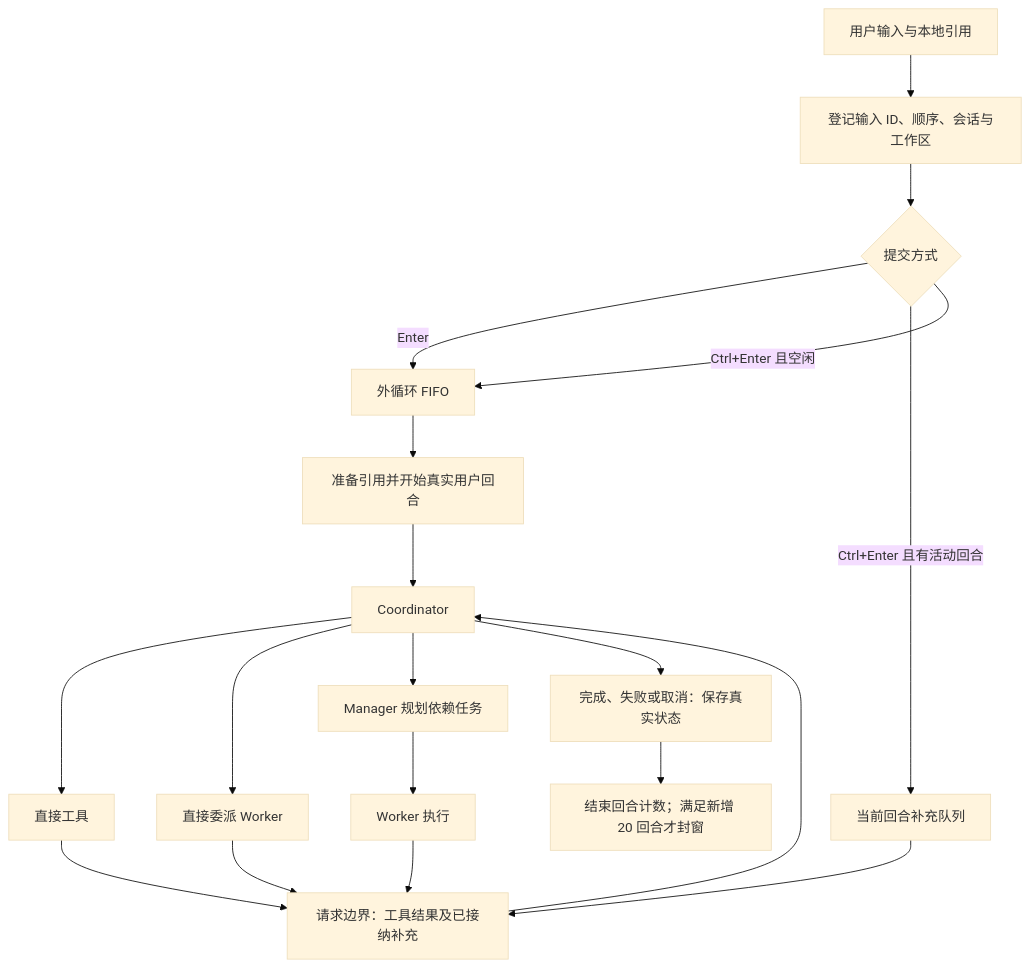
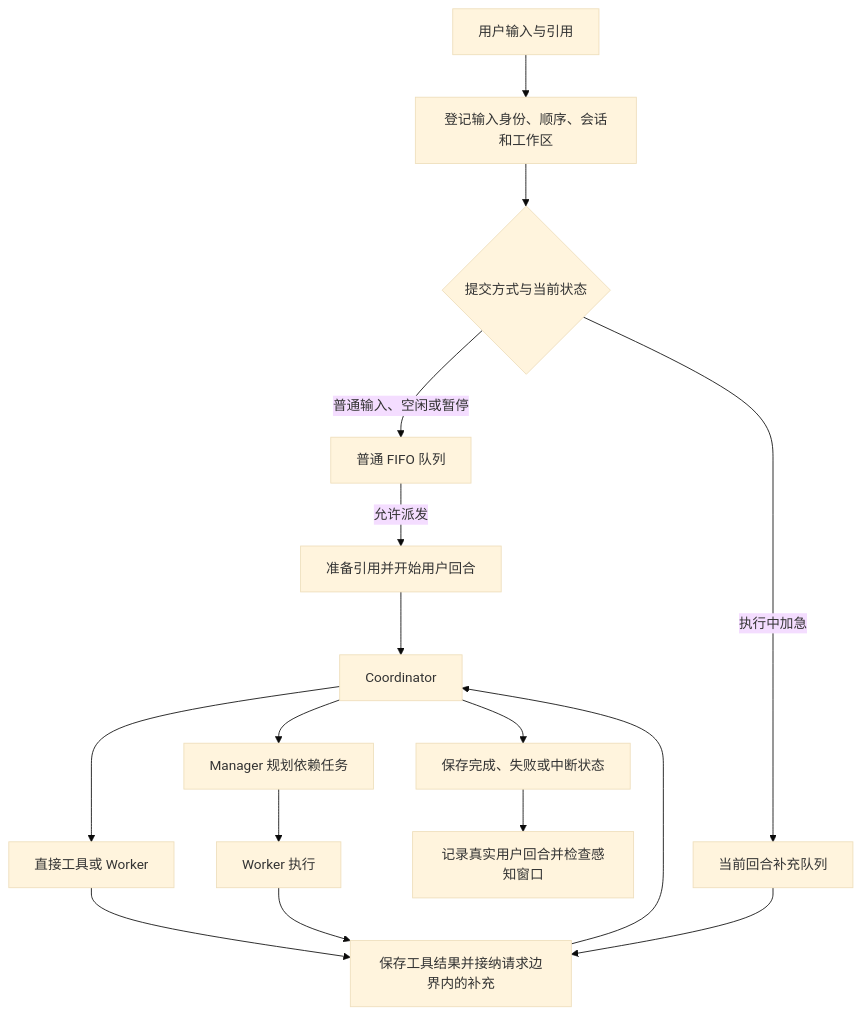
The diagram in docs/design.md (Tian-ye1214/RedLotus), drawn with Mermaid (base theme) before and after one commit. The commit also changed other lines of this file and 48 other files, not shown here.

````diff
--- a/docs/design.md
+++ b/docs/design.md
@@ -78,21 +28,18 @@
 ```mermaid
 flowchart TD
-    U["用户输入与本地引用"] --> A["登记输入 ID、顺序、会话与工作区"]
-    A --> K{"提交方式"}
-    K -->|Enter| Q["外循环 FIFO"]
-    K -->|Ctrl+Enter 且有活动回合| I["当前回合补充队列"]
-    K -->|Ctrl+Enter 且空闲| Q
-    Q --> R["准备引用并开始真实用户回合"]
+    U["用户输入与引用"] --> A["登记输入身份、顺序、会话和工作区"]
+    A --> K{"提交方式与当前状态"}
+    K -->|"普通输入、空闲或暂停"| Q["普通 FIFO 队列"]
+    K -->|"执行中加急"| I["当前回合补充队列"]
+    Q -->|"允许派发"| R["准备引用并开始用户回合"]
     R --> C["Coordinator"]
-    C --> T["直接工具"]
-    C --> W["直接委派 Worker"]
+    C --> T["直接工具或 Worker"]
     C --> M["Manager 规划依赖任务"]
-    M --> MW["Worker 执行"]
-    T --> B["请求边界：工具结果及已接纳补充"]
+    M --> W["Worker 执行"]
+    T --> B["保存工具结果并接纳请求边界内的补充"]
     W --> B
-    MW --> B
     I --> B
     B --> C
-    C --> F["完成、失败或取消：保存真实状态"]
-    F --> N["结束回合计数；满足新增 20 回合才封窗"]
+    C --> F["保存完成、失败或中断状态"]
+    F --> N["记录真实用户回合并检查感知窗口"]
 ```
````
